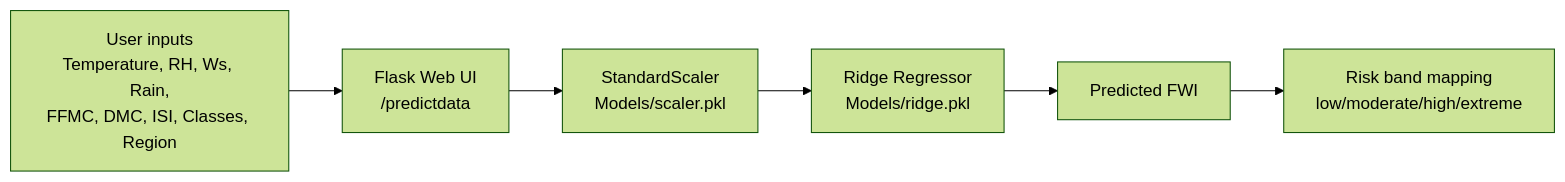
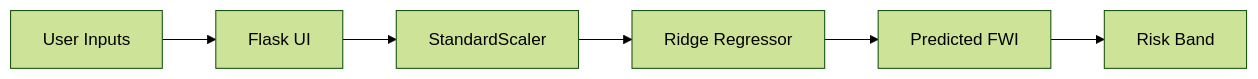
One commit to shubhmrj/Predict-forest-fire changed the diagram in README.md. Above: the diagram before and after it, drawn with Mermaid (forest theme). The commit also changed other lines of this file and 7 other files, not shown here.

````diff
--- a/README.md
+++ b/README.md
@@ -121,14 +139,8 @@
 ```mermaid
 flowchart LR
-  A[User inputs
-Temperature, RH, Ws, Rain,
-FFMC, DMC, ISI, Classes, Region] --> B[Flask Web UI
-/predictdata]
-  B --> C[StandardScaler
-Models/scaler.pkl]
-  C --> D[Ridge Regressor
-Models/ridge.pkl]
-  D --> E[Predicted FWI]
-  E --> F[Risk band mapping
-low/moderate/high/extreme]
+  A[User Inputs] --> B[Flask UI];
+  B --> C[StandardScaler];
+  C --> D[Ridge Regressor];
+  D --> E[Predicted FWI];
+  E --> F[Risk Band];
 ```
````
